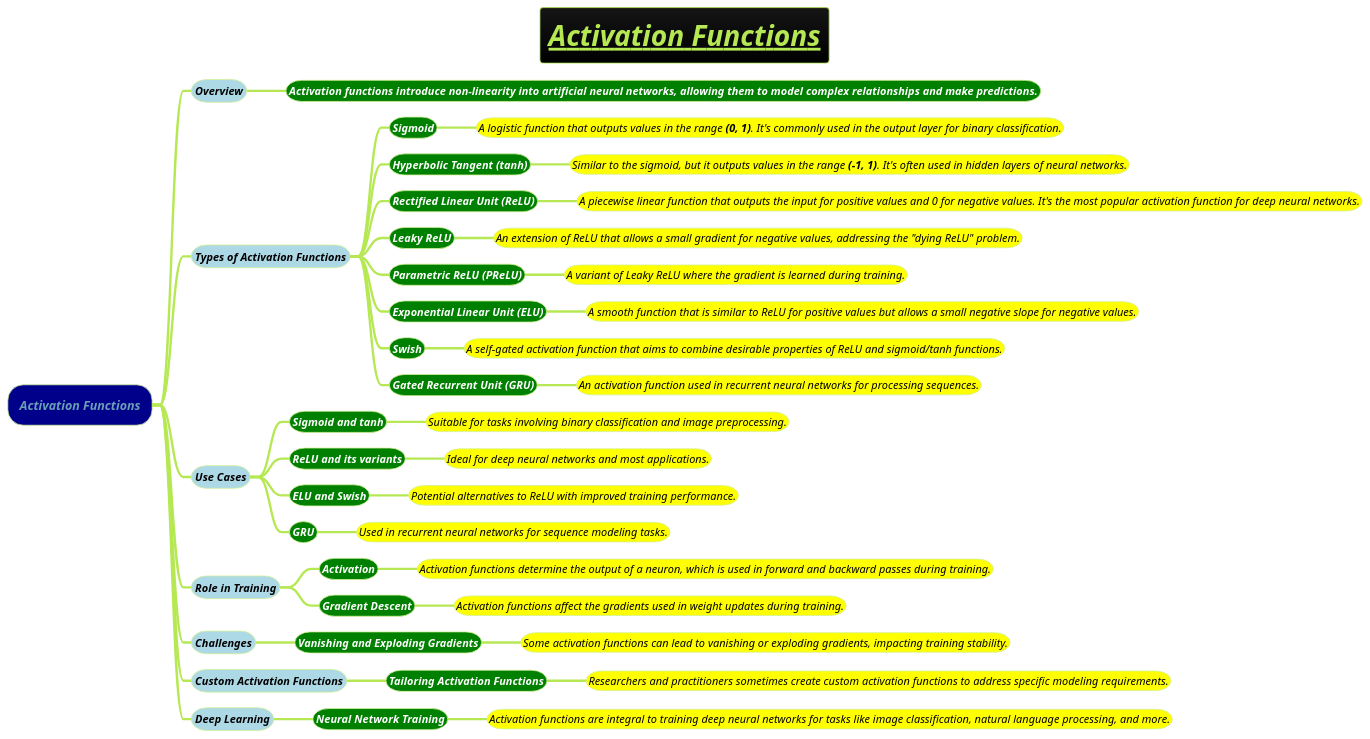
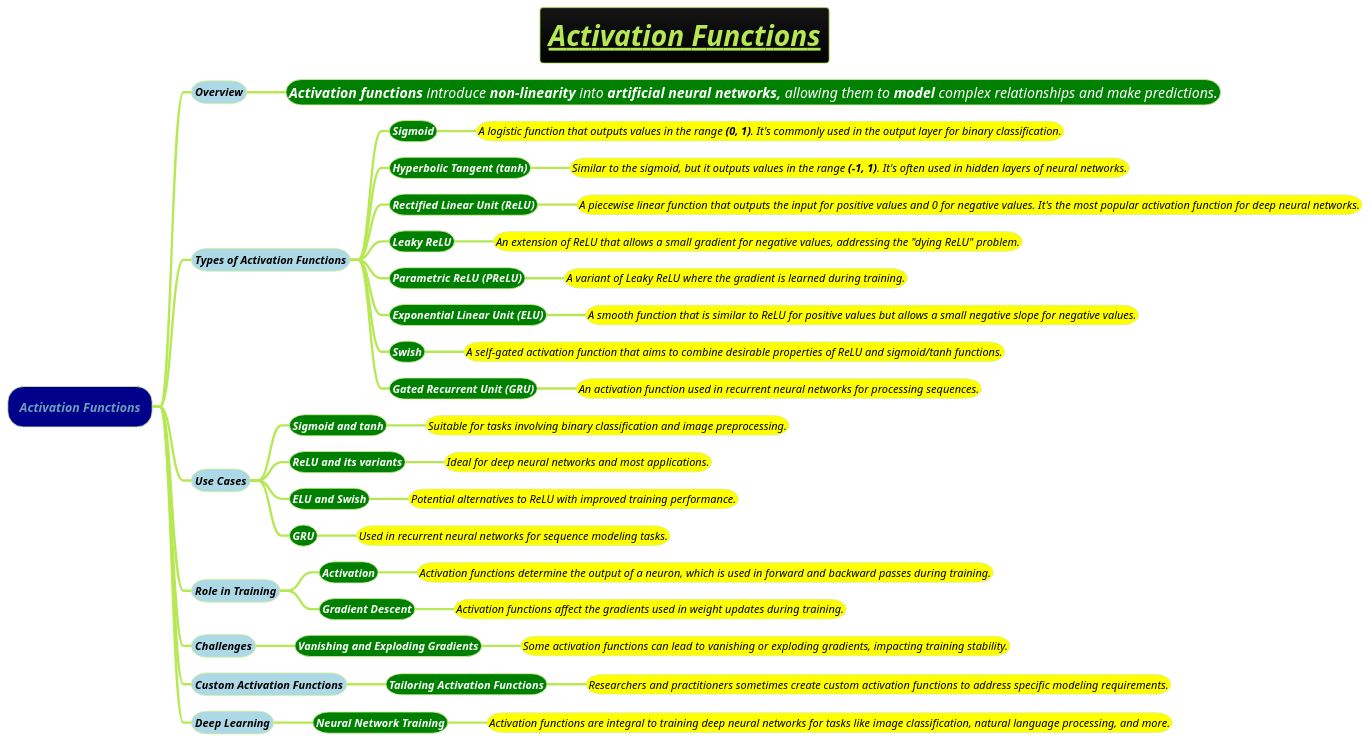
The diagram in docs/AI-ML- DL-Data-Science-and-BigData/machine-learning-ML/3-deep-learning-DL/Activation-Functions.puml (MehmoodHashmi/Documentation-as-Code-DaC), drawn with PlantUML before and after one commit. The commit also changed 14 other files, not shown here.

```diff
--- a/docs/AI-ML- DL-Data-Science-and-BigData/machine-learning-ML/3-deep-learning-DL/Activation-Functions.puml
+++ b/docs/AI-ML- DL-Data-Science-and-BigData/machine-learning-ML/3-deep-learning-DL/Activation-Functions.puml
@@ -1,56 +1,56 @@
 @startmindmap
 title =<b><i><u>Activation Functions
 
 !theme hacker
 
 *[#darkblue] <i>Activation Functions
 **[#lightblue] <color #black><i><size:14>Overview
-***[#green] <b><color #white><i><size:14>Activation functions introduce non-linearity into artificial neural networks, allowing them to model complex relationships and make predictions.
+***[#green] <color #white><i><size:18>**Activation functions** introduce **non-linearity** into **artificial neural networks,** allowing them to **model** complex relationships and make predictions.
 
 **[#lightblue] <color #black><i><size:14>Types of Activation Functions
 ***[#green] <b><color #white><i><size:14>Sigmoid
 ****[#yellow] <color #black><i><size:14>A logistic function that outputs values in the range **(0, 1)**. It's commonly used in the output layer for binary classification.
 ***[#green] <b><color #white><i><size:14>Hyperbolic Tangent **(tanh)**
 ****[#yellow] <color #black><i><size:14>Similar to the sigmoid, but it outputs values in the range **(-1, 1)**. It's often used in hidden layers of neural networks.
 ***[#green] <b><color #white><i><size:14>Rectified Linear Unit **(ReLU)**
 ****[#yellow] <color #black><i><size:14>A piecewise linear function that outputs the input for positive values and 0 for negative values. It's the most popular activation function for deep neural networks.
 ***[#green] <b><color #white><i><size:14>Leaky ReLU
 ****[#yellow] <color #black><i><size:14>An extension of ReLU that allows a small gradient for negative values, addressing the "dying ReLU" problem.
 ***[#green] <b><color #white><i><size:14>Parametric ReLU **(PReLU)**
 ****[#yellow] <color #black><i><size:14>A variant of Leaky ReLU where the gradient is learned during training.
 ***[#green] <b><color #white><i><size:14>Exponential Linear Unit **(ELU)**
 ****[#yellow] <color #black><i><size:14>A smooth function that is similar to ReLU for positive values but allows a small negative slope for negative values.
 ***[#green] <b><color #white><i><size:14>Swish
 ****[#yellow] <color #black><i><size:14>A self-gated activation function that aims to combine desirable properties of ReLU and sigmoid/tanh functions.
 ***[#green] <b><color #white><i><size:14>Gated Recurrent Unit **(GRU)**
 ****[#yellow] <color #black><i><size:14>An activation function used in recurrent neural networks for processing sequences.
 
 **[#lightblue] <color #black><i><size:14>Use Cases
 ***[#green] <b><color #white><i><size:14>Sigmoid and tanh
 ****[#yellow] <color #black><i><size:14>Suitable for tasks involving binary classification and image preprocessing.
 ***[#green] <b><color #white><i><size:14>ReLU and its variants
 ****[#yellow] <color #black><i><size:14>Ideal for deep neural networks and most applications.
 ***[#green] <b><color #white><i><size:14>ELU and Swish
 ****[#yellow] <color #black><i><size:14>Potential alternatives to ReLU with improved training performance.
 ***[#green] <b><color #white><i><size:14>GRU
 ****[#yellow] <color #black><i><size:14>Used in recurrent neural networks for sequence modeling tasks.
 
 **[#lightblue] <color #black><i><size:14>Role in Training
 ***[#green] <b><color #white><i><size:14>Activation
 ****[#yellow] <color #black><i><size:14>Activation functions determine the output of a neuron, which is used in forward and backward passes during training.
 ***[#green] <b><color #white><i><size:14>Gradient Descent
 ****[#yellow] <color #black><i><size:14>Activation functions affect the gradients used in weight updates during training.
 
 **[#lightblue] <color #black><i><size:14>Challenges
 ***[#green] <b><color #white><i><size:14>Vanishing and Exploding Gradients
 ****[#yellow] <color #black><i><size:14>Some activation functions can lead to vanishing or exploding gradients, impacting training stability.
 
 **[#lightblue] <color #black><i><size:14>Custom Activation Functions
 ***[#green] <b><color #white><i><size:14>Tailoring Activation Functions
 ****[#yellow] <color #black><i><size:14>Researchers and practitioners sometimes create custom activation functions to address specific modeling requirements.
 
 **[#lightblue] <color #black><i><size:14>Deep Learning
 ***[#green] <b><color #white><i><size:14>Neural Network Training
 ****[#yellow] <color #black><i><size:14>Activation functions are integral to training deep neural networks for tasks like image classification, natural language processing, and more.
 
 @endmindmap
```
